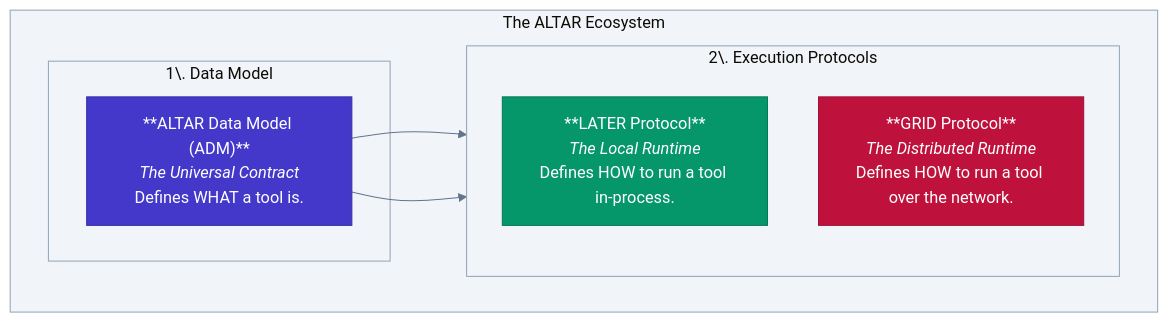
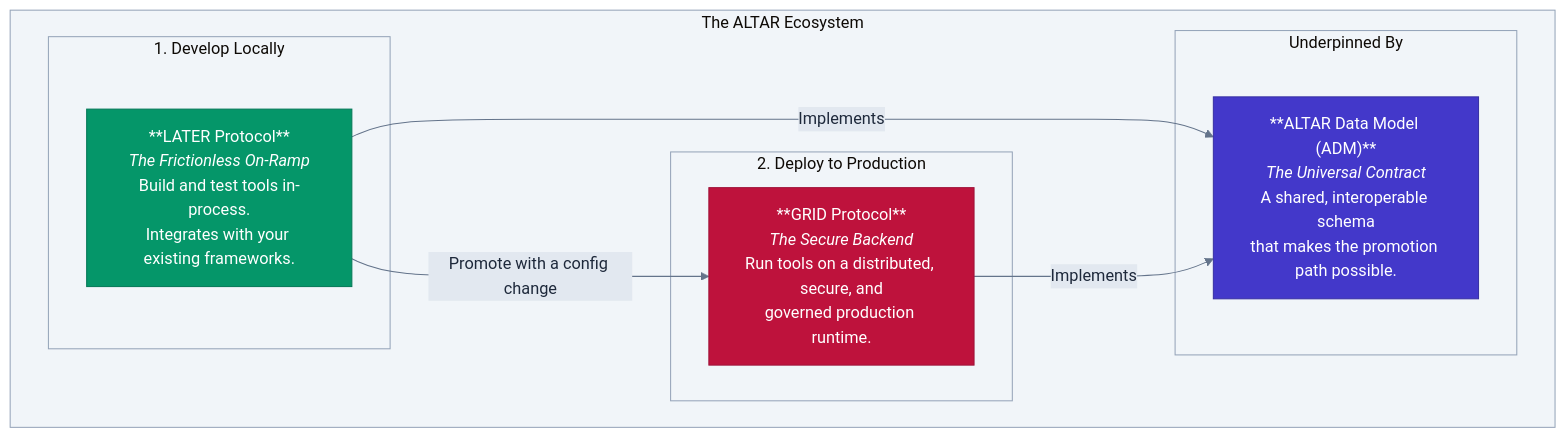
The diagram in README.md (nshkrdotcom/ALTAR), drawn with Mermaid before and after one commit. The commit also changed other lines of this file, not shown here.

````diff
--- a/README.md
+++ b/README.md
@@ -28,39 +41,42 @@
 ```mermaid
 %%{
   init: {
     'theme': 'base',
     'themeVariables': {
       'background': '#ffffff',
       'primaryColor': '#f8fafc',
       'primaryTextColor': '#1e293b',
       'lineColor': '#64748b',
       'secondaryColor': '#e2e8f0',
       'tertiaryColor': '#f1f5f9',
       'primaryBorderColor': '#e2e8f0',
       'secondaryBorderColor': '#cbd5e1',
       'tertiaryBorderColor': '#94a3b8'
     }
   }
 }%%
 graph TD
     subgraph "The ALTAR Ecosystem"
         direction LR
         
-        subgraph "1\. Data Model"
-            ADM["**ALTAR Data Model (ADM)**<br/><i>The Universal Contract</i><br/>Defines WHAT a tool is."]
+        subgraph "1. Develop Locally"
+            LATER["**LATER Protocol**<br/><i>The Frictionless On-Ramp</i><br/>Build and test tools in-process.<br/>Integrates with your existing frameworks."]
         end
         
-        subgraph "2\. Execution Protocols"
-            direction TB
-            LATER["**LATER Protocol**<br/><i>The Local Runtime</i><br/>Defines HOW to run a tool in-process."]
-            GRID["**GRID Protocol**<br/><i>The Distributed Runtime</i><br/>Defines HOW to run a tool over the network."]
+        subgraph "2. Deploy to Production"
+            GRID["**GRID Protocol**<br/><i>The Secure Backend</i><br/>Run tools on a distributed, secure, and<br/>governed production runtime."]
+        end
+
+        subgraph "Underpinned By"
+            ADM["**ALTAR Data Model (ADM)**<br/><i>The Universal Contract</i><br/>A shared, interoperable schema<br/>that makes the promotion path possible."]
         end
     end
     
-    ADM --> LATER
-    ADM --> GRID
+    LATER -- "Promote with a config change" --> GRID
+    LATER -- "Implements" --> ADM
+    GRID -- "Implements" --> ADM
 
-    style ADM fill:#4338ca,stroke:#3730a3,color:#ffffff,fontWeight:bold
-    style LATER fill:#059669,stroke:#047857,color:#ffffff
-    style GRID fill:#be123c,stroke:#9f1239,color:#ffffff
+    style LATER fill:#059669,stroke:#047857,color:#ffffff,fontWeight:bold
+    style GRID fill:#be123c,stroke:#9f1239,color:#ffffff,fontWeight:bold
+    style ADM fill:#4338ca,stroke:#3730a3,color:#ffffff
 ```
````
